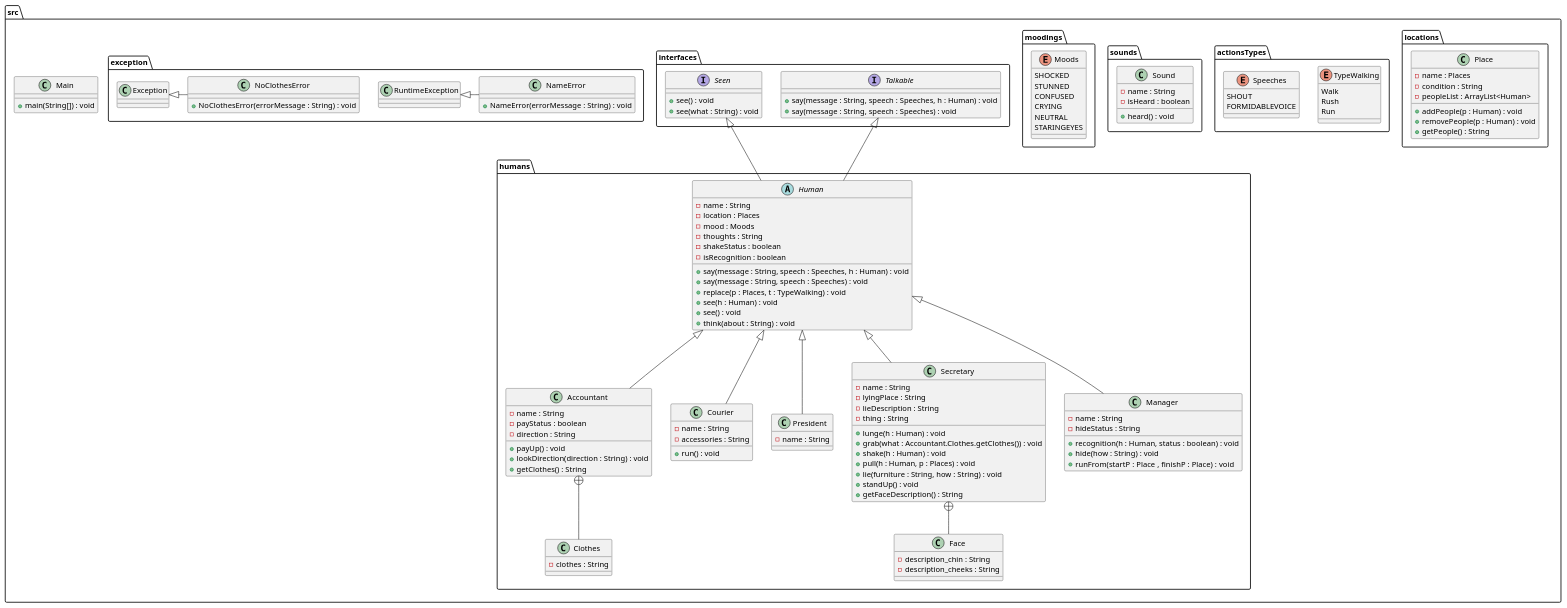
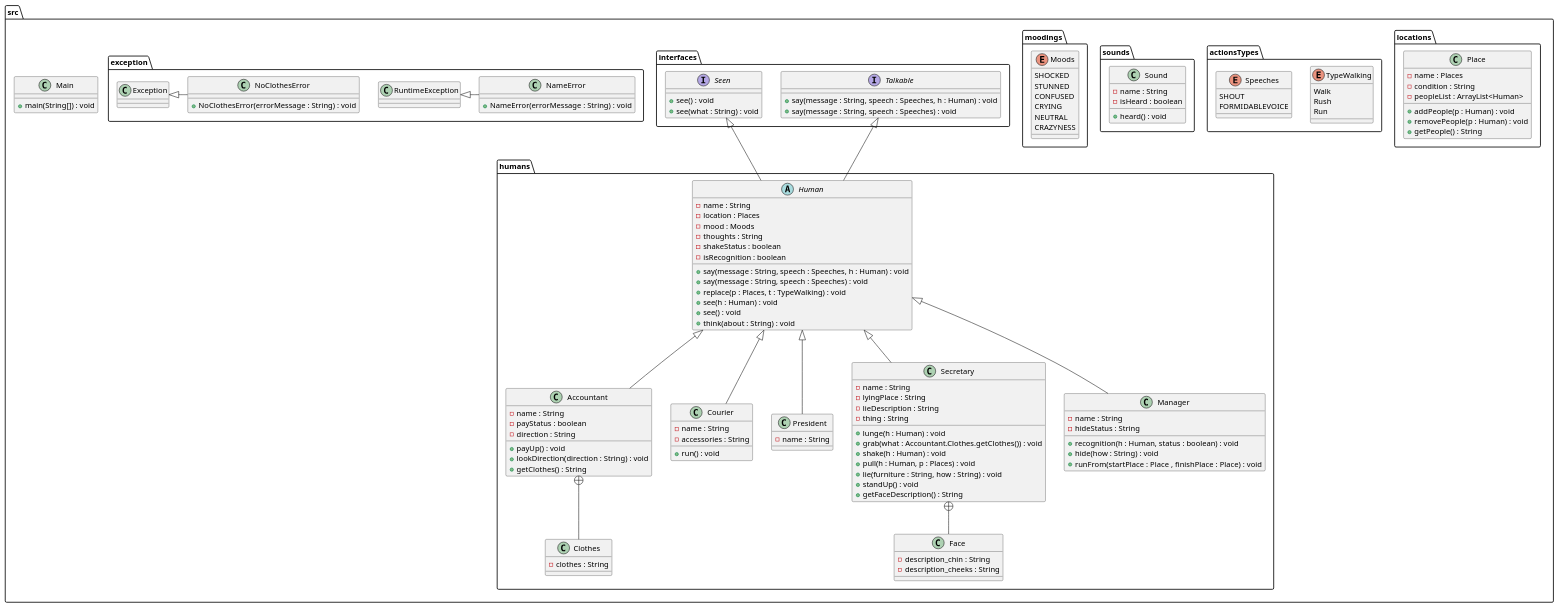
One commit to misha259/Laba3_4 changed the diagram in src/lab.puml. Above: the diagram before and after it, drawn with PlantUML. The commit also changed 9 other files, not shown here.

```diff
--- a/src/lab.puml
+++ b/src/lab.puml
@@ -1,181 +1,181 @@
 @startuml
 
 package src.humans{
 
 abstract class Human
 {
 	-name : String
 	-location : Places
 	-mood : Moods
 	-thoughts : String
 	-shakeStatus : boolean
 	-isRecognition : boolean
     +say(message : String, speech : Speeches, h : Human) : void
     +say(message : String, speech : Speeches) : void
     +replace(p : Places, t : TypeWalking) : void
 	+see(h : Human) : void
 	+see() : void
 	+think(about : String) : void
 }
 
 class Accountant
 {
     -name : String
     -payStatus : boolean
     -direction : String
     +payUp() : void
     +lookDirection(direction : String) : void
     +getClothes() : String
 }
 
 class Clothes
 {
     -clothes : String
 }
 
 class Courier
 {
     -name : String
     -accessories : String
     +run() : void
 }
 
 class President
 {
     -name : String
 }
 
 class Secretary
 {
     -name : String
     -lyingPlace : String
     -lieDescription : String
     -thing : String
     +lunge(h : Human) : void
     +grab(what : Accountant.Clothes.getClothes()) : void
     +shake(h : Human) : void
     +pull(h : Human, p : Places) : void
     +lie(furniture : String, how : String) : void
     +standUp() : void
     +getFaceDescription() : String
 }
 
 class Face {
     -description_chin : String
     -description_cheeks : String
 }
 class Manager
 {
     -name : String
     -hideStatus : String
     +recognition(h : Human, status : boolean) : void
     +hide(how : String) : void
-    +runFrom(startP : Place , finishP :  Place) : void
+    +runFrom(startPlace : Place , finishPlace :  Place) : void
 }
 
 }
 package src.locations{
 class Place
 {
     -name : Places
     -condition : String
     -peopleList : ArrayList<Human>
     +addPeople(p : Human) : void
     +removePeople(p : Human) : void
     +getPeople() : String
 }
 }
 package src.actionsTypes{
 enum TypeWalking
 {
 Walk
 Rush
 Run
 }
 
 enum Speeches
 {
 SHOUT
 FORMIDABLEVOICE
 }
 
 }
 package src.sounds{
 
 class Sound {
 -name : String
 -isHeard : boolean
 +heard() : void
 }
 }
 
 package src.moodings{
 enum Moods
 {
 SHOCKED
 STUNNED
 CONFUSED
 CRYING
 NEUTRAL
-STARINGEYES
+CRAZYNESS
 }
 
 
 }
 package src.interfaces{
 interface Talkable
 {
 +say(message : String, speech : Speeches, h : Human) : void
 +say(message : String, speech : Speeches) : void
 }
 
 interface Seen
 {
 +see() : void
 +see(what : String) : void
 }
 
 
 }
 package src {
 class Main
 {
 +main(String[]) : void
 }
 }
 
 package src.exception {
 
 class RuntimeException {}
 class Exception {}
 class NameError {
     +NameError(errorMessage : String) : void
 }
 class NoClothesError {
     +NoClothesError(errorMessage : String) : void
 }
 }
 RuntimeException <|- NameError
 Exception <|- NoClothesError
 
 'Talkable <|-- Human
 
 
 
 Human <|-- Courier
 Human <|-- Accountant
 Human <|-- President
 Human <|-- Secretary
 Human <|-- Manager
 
 Secretary +-- Face
 Accountant +-- Clothes
 
 Seen <|-- Human
 Talkable <|-- Human
 
 
 
 
 
 @enduml
```
